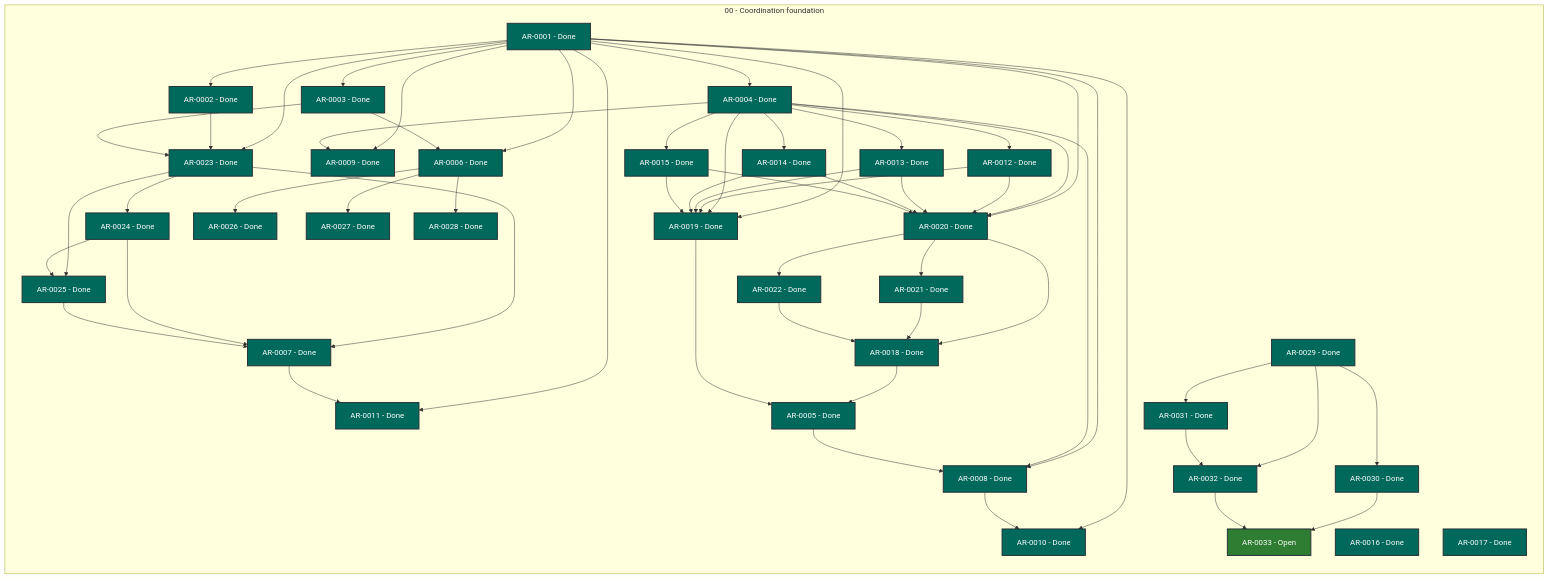
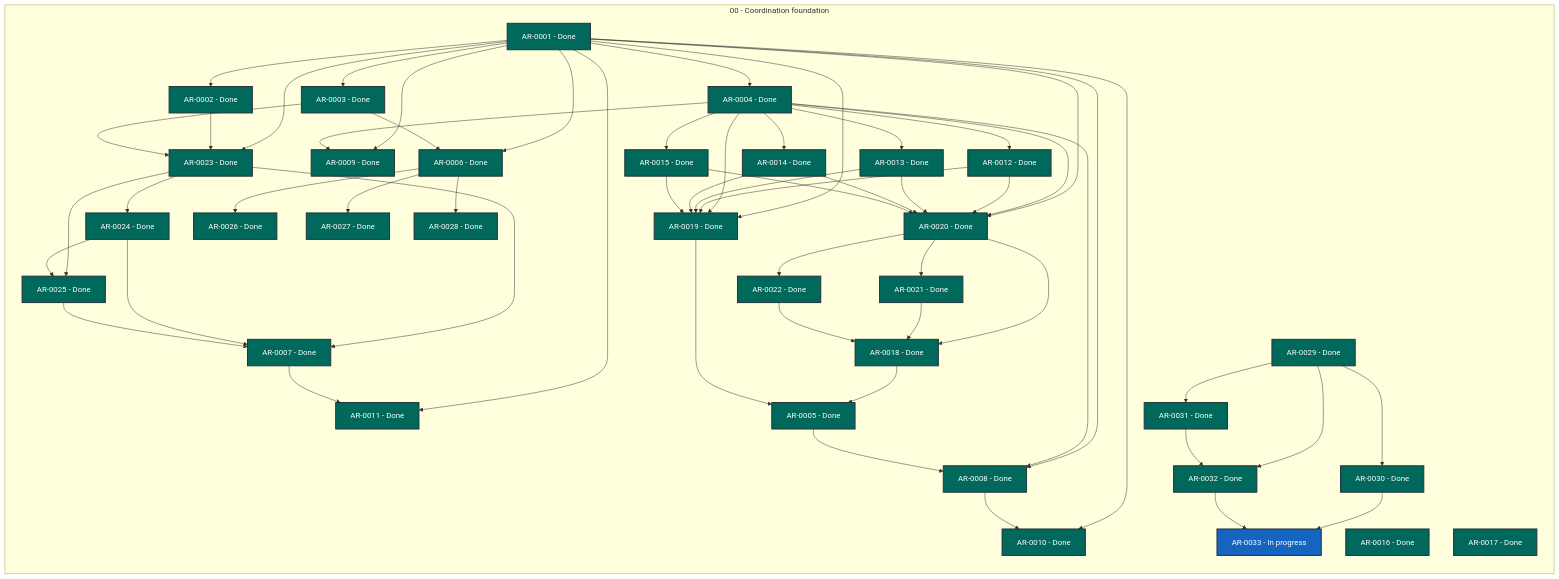
One commit to martin-beck/agent-workflow-quality-state changed the diagram in STATUS.md. Above: the diagram before and after it, drawn with Mermaid. The commit also changed other lines of this file and 2 other files, not shown here.

```diff
--- a/STATUS.md
+++ b/STATUS.md
@@ -60,7 +60,7 @@
         AR_0030["AR-0030 - Done"]:::status_done
         AR_0031["AR-0031 - Done"]:::status_done
         AR_0032["AR-0032 - Done"]:::status_done
-        AR_0033["AR-0033 - Open"]:::status_open
+        AR_0033["AR-0033 - In progress"]:::status_in_progress
     end
     AR_0001 --> AR_0002
     AR_0001 --> AR_0003
```
